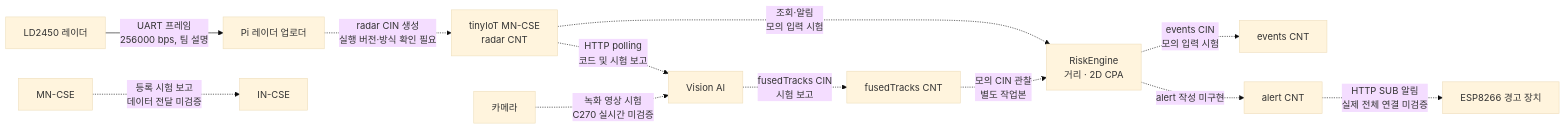
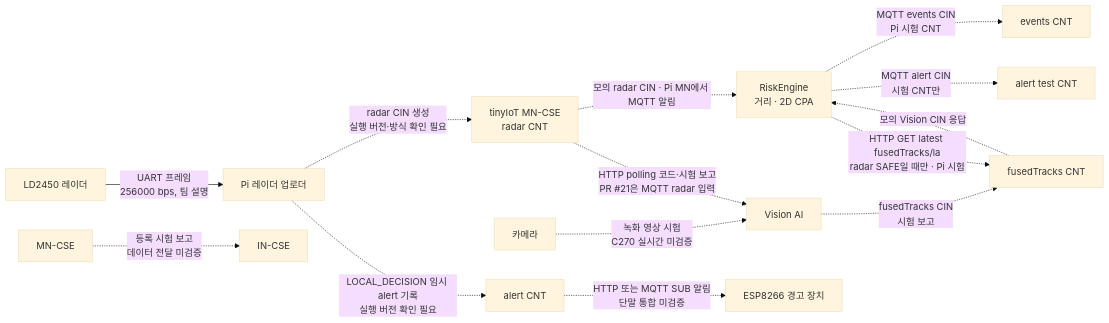
The first of 4 diagrams in docs/architecture.md (extra-7ex/Sejong_4IoT_OneM2M), drawn with Mermaid (base theme) before and after one commit. The commit also changed other lines of this file and 7 other files, not shown here.

Commit message:
Add RiskEngine alert and Vision advice flow

````diff
--- a/docs/architecture.md
+++ b/docs/architecture.md
@@ -16,14 +18,16 @@
 ```mermaid
 flowchart LR
   LD["LD2450 레이더"] -- "UART 프레임<br/>256000 bps, 팀 설명" --> UP["Pi 레이더 업로더"]
   UP -. "radar CIN 생성<br/>실행 버전·방식 확인 필요" .-> RAD["tinyIoT MN-CSE<br/>radar CNT"]
-  RAD -. "조회·알림<br/>모의 입력 시험" .-> ENGINE["RiskEngine<br/>거리 · 2D CPA"]
-  ENGINE -. "events CIN<br/>모의 입력 시험" .-> EVENT["events CNT"]
+  RAD -. "모의 radar CIN · Pi MN에서 MQTT 알림" .-> ENGINE["RiskEngine<br/>거리 · 2D CPA"]
+  ENGINE -. "MQTT events CIN<br/>Pi 시험 CNT" .-> EVENT["events CNT"]
   CAM["카메라"] -. "녹화 영상 시험<br/>C270 실시간 미검증" .-> VISION["Vision AI"]
-  RAD -. "HTTP polling<br/>코드 및 시험 보고" .-> VISION
+  RAD -. "HTTP polling 코드·시험 보고<br/>PR #21은 MQTT radar 입력" .-> VISION
   VISION -. "fusedTracks CIN<br/>시험 보고" .-> FUSED["fusedTracks CNT"]
-  FUSED -. "모의 CIN 관찰<br/>별도 작업본" .-> ENGINE
-  ALERT["alert CNT"] -. "HTTP SUB 알림<br/>실제 전체 연결 미검증" .-> ESP["ESP8266 경고 장치"]
-  ENGINE -. "alert 작성 미구현" .-> ALERT
+  ENGINE -. "HTTP GET latest fusedTracks/la<br/>radar SAFE일 때만 · Pi 시험" .-> FUSED
+  FUSED -. "모의 Vision CIN 응답" .-> ENGINE
+  ENGINE -. "MQTT alert CIN<br/>시험 CNT만" .-> TEST_ALERT["alert test CNT"]
+  UP -. "LOCAL_DECISION 임시 alert 기록<br/>실행 버전 확인 필요" .-> ALERT["alert CNT"]
+  ALERT -. "HTTP 또는 MQTT SUB 알림<br/>단말 통합 미검증" .-> ESP["ESP8266 경고 장치"]
   CSE["MN-CSE"] -. "등록 시험 보고<br/>데이터 전달 미검증" .-> IN["IN-CSE"]
 ```
````
